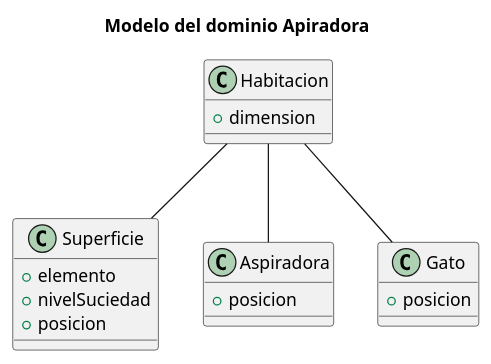
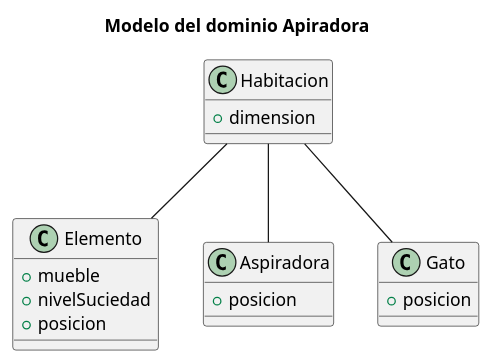
The diagram in modelosUML/DiagramaDelDominio.puml (mmasias/23-24-IdSw2-SDD), drawn with PlantUML before and after one commit.

Commit message:
Updated Classes Diagram

```diff
--- a/modelosUML/DiagramaDelDominio.puml
+++ b/modelosUML/DiagramaDelDominio.puml
@@ -1,30 +1,30 @@
 @startuml
 title Modelo del dominio Apiradora
-
-class Superficie { 
-
-    +elemento
-    +nivelSuciedad
-    +posicion
-}
 
 class Habitacion {
 
     +dimension
+}
+
+class Elemento { 
+
+    +mueble
+    +nivelSuciedad
+    +posicion
 }
 
 class Aspiradora {
 
     +posicion
 }
 
 class Gato {
 
     +posicion 
 }
 
-Habitacion -- Superficie
+Habitacion -- Elemento
 Habitacion -- Aspiradora
 Habitacion -- Gato
 
 @enduml
```
